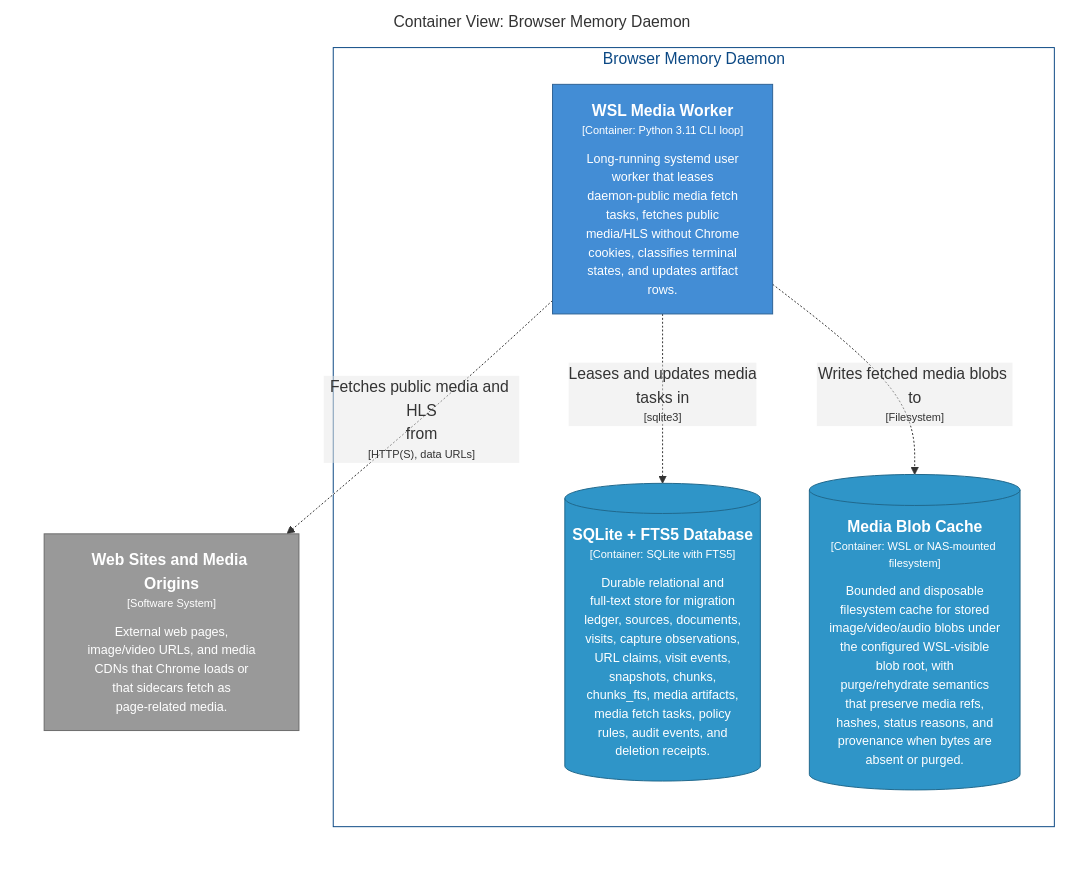
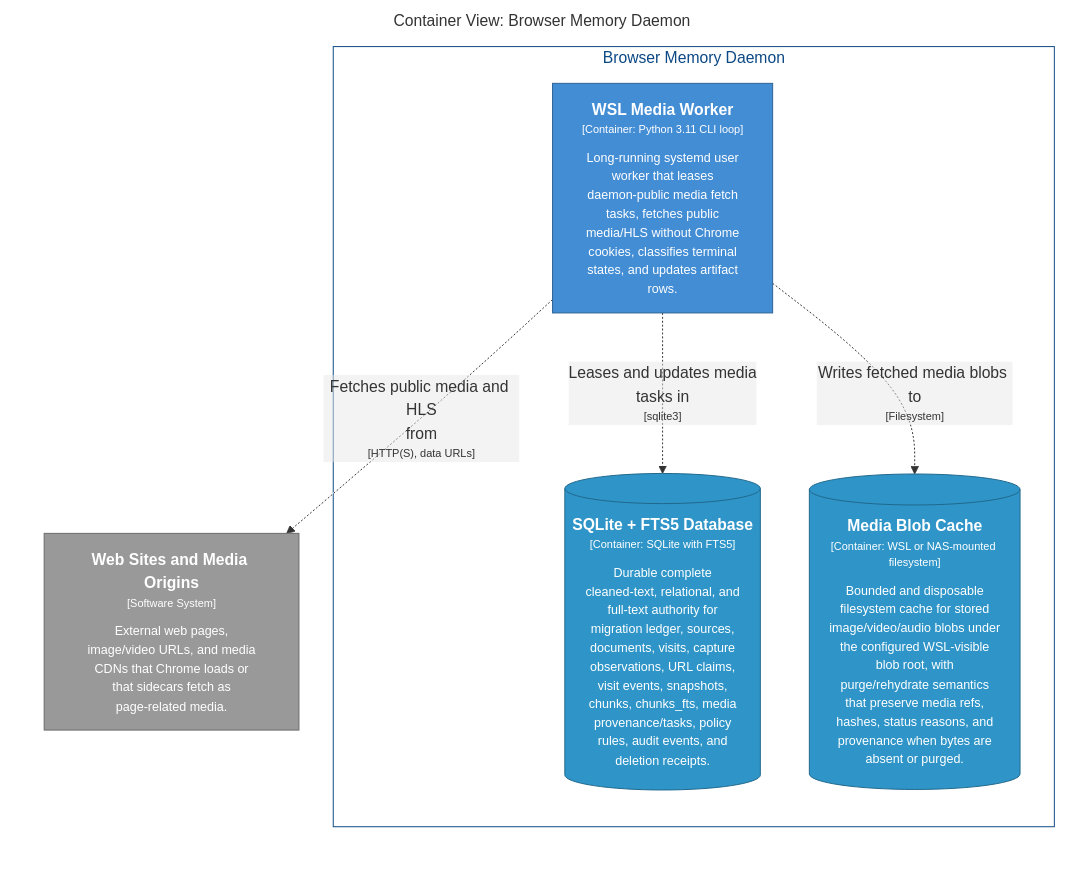
Before and after one commit to michaelnicks0/browser-memory-daemon: the diagram in docs/architecture/diagrams/markdown/DaemonMediaWorkerContainers.md, drawn with Mermaid. The commit also changed 196 other files, not shown here.

Commit message:
feat(storage): make SQLite authoritative for snapshot text

````diff
--- a/docs/architecture/diagrams/markdown/DaemonMediaWorkerContainers.md
+++ b/docs/architecture/diagrams/markdown/DaemonMediaWorkerContainers.md
@@ -16,27 +16,27 @@
 ```mermaid
 graph LR
   linkStyle default fill:#ffffff
 
   subgraph diagram ["Container View: Browser Memory Daemon"]
     style diagram fill:#ffffff,stroke:#ffffff
 
     3["<div style='font-weight: bold'>Web Sites and Media Origins</div><div style='font-size: 70%; margin-top: 0px'>[Software System]</div><div style='font-size: 80%; margin-top:10px'>External web pages,<br />image/video URLs, and media<br />CDNs that Chrome loads or<br />that sidecars fetch as<br />page-related media.</div>"]
     style 3 fill:#999999,stroke:#6b6b6b,color:#ffffff
 
     subgraph 4 ["Browser Memory Daemon"]
       style 4 fill:#ffffff,stroke:#0b4884,color:#0b4884
 
-      25["<div style='font-weight: bold'>WSL Media Worker</div><div style='font-size: 70%; margin-top: 0px'>[Container: Python 3.11 CLI loop]</div><div style='font-size: 80%; margin-top:10px'>Long-running systemd user<br />worker that leases<br />daemon-public media fetch<br />tasks, fetches public<br />media/HLS without Chrome<br />cookies, classifies terminal<br />states, and updates artifact<br />rows.</div>"]
-      style 25 fill:#438dd5,stroke:#2e6295,color:#ffffff
-      28[("<div style='font-weight: bold'>SQLite + FTS5 Database</div><div style='font-size: 70%; margin-top: 0px'>[Container: SQLite with FTS5]</div><div style='font-size: 80%; margin-top:10px'>Durable relational and<br />full-text store for migration<br />ledger, sources, documents,<br />visits, capture observations,<br />URL claims, visit events,<br />snapshots, chunks,<br />chunks_fts, media artifacts,<br />media fetch tasks, policy<br />rules, audit events, and<br />deletion receipts.</div>")]
-      style 28 fill:#2f95c8,stroke:#20688c,color:#ffffff
-      30[("<div style='font-weight: bold'>Media Blob Cache</div><div style='font-size: 70%; margin-top: 0px'>[Container: WSL or NAS-mounted filesystem]</div><div style='font-size: 80%; margin-top:10px'>Bounded and disposable<br />filesystem cache for stored<br />image/video/audio blobs under<br />the configured WSL-visible<br />blob root, with<br />purge/rehydrate semantics<br />that preserve media refs,<br />hashes, status reasons, and<br />provenance when bytes are<br />absent or purged.</div>")]
-      style 30 fill:#2f95c8,stroke:#20688c,color:#ffffff
+      26["<div style='font-weight: bold'>WSL Media Worker</div><div style='font-size: 70%; margin-top: 0px'>[Container: Python 3.11 CLI loop]</div><div style='font-size: 80%; margin-top:10px'>Long-running systemd user<br />worker that leases<br />daemon-public media fetch<br />tasks, fetches public<br />media/HLS without Chrome<br />cookies, classifies terminal<br />states, and updates artifact<br />rows.</div>"]
+      style 26 fill:#438dd5,stroke:#2e6295,color:#ffffff
+      29[("<div style='font-weight: bold'>SQLite + FTS5 Database</div><div style='font-size: 70%; margin-top: 0px'>[Container: SQLite with FTS5]</div><div style='font-size: 80%; margin-top:10px'>Durable complete<br />cleaned-text, relational, and<br />full-text authority for<br />migration ledger, sources,<br />documents, visits, capture<br />observations, URL claims,<br />visit events, snapshots,<br />chunks, chunks_fts, media<br />provenance/tasks, policy<br />rules, audit events, and<br />deletion receipts.</div>")]
+      style 29 fill:#2f95c8,stroke:#20688c,color:#ffffff
+      31[("<div style='font-weight: bold'>Media Blob Cache</div><div style='font-size: 70%; margin-top: 0px'>[Container: WSL or NAS-mounted filesystem]</div><div style='font-size: 80%; margin-top:10px'>Bounded and disposable<br />filesystem cache for stored<br />image/video/audio blobs under<br />the configured WSL-visible<br />blob root, with<br />purge/rehydrate semantics<br />that preserve media refs,<br />hashes, status reasons, and<br />provenance when bytes are<br />absent or purged.</div>")]
+      style 31 fill:#2f95c8,stroke:#20688c,color:#ffffff
     end
 
-    25-. "<div>Leases and updates media<br />tasks in</div><div style='font-size: 70%'>[sqlite3]</div>" .->28
-    25-. "<div>Fetches public media and HLS<br />from</div><div style='font-size: 70%'>[HTTP(S), data URLs]</div>" .->3
-    25-. "<div>Writes fetched media blobs to</div><div style='font-size: 70%'>[Filesystem]</div>" .->30
+    26-. "<div>Leases and updates media<br />tasks in</div><div style='font-size: 70%'>[sqlite3]</div>" .->29
+    26-. "<div>Fetches public media and HLS<br />from</div><div style='font-size: 70%'>[HTTP(S), data URLs]</div>" .->3
+    26-. "<div>Writes fetched media blobs to</div><div style='font-size: 70%'>[Filesystem]</div>" .->31
 
   end
 ```
````
